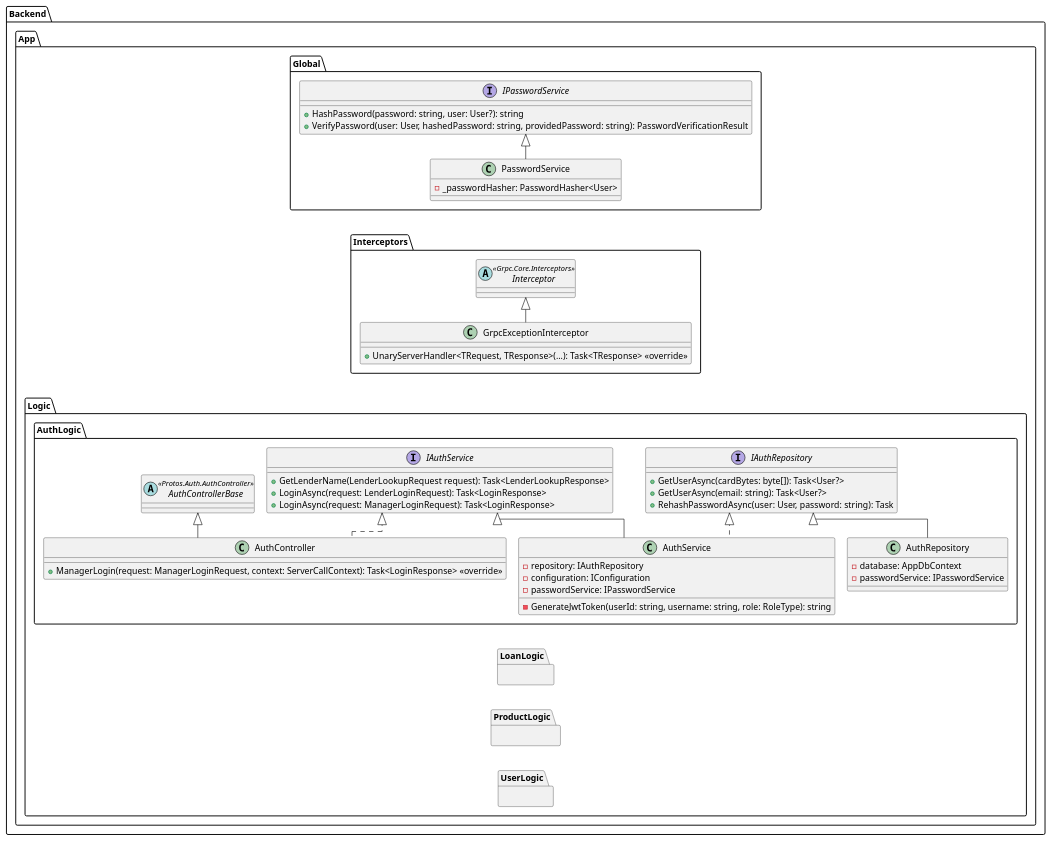
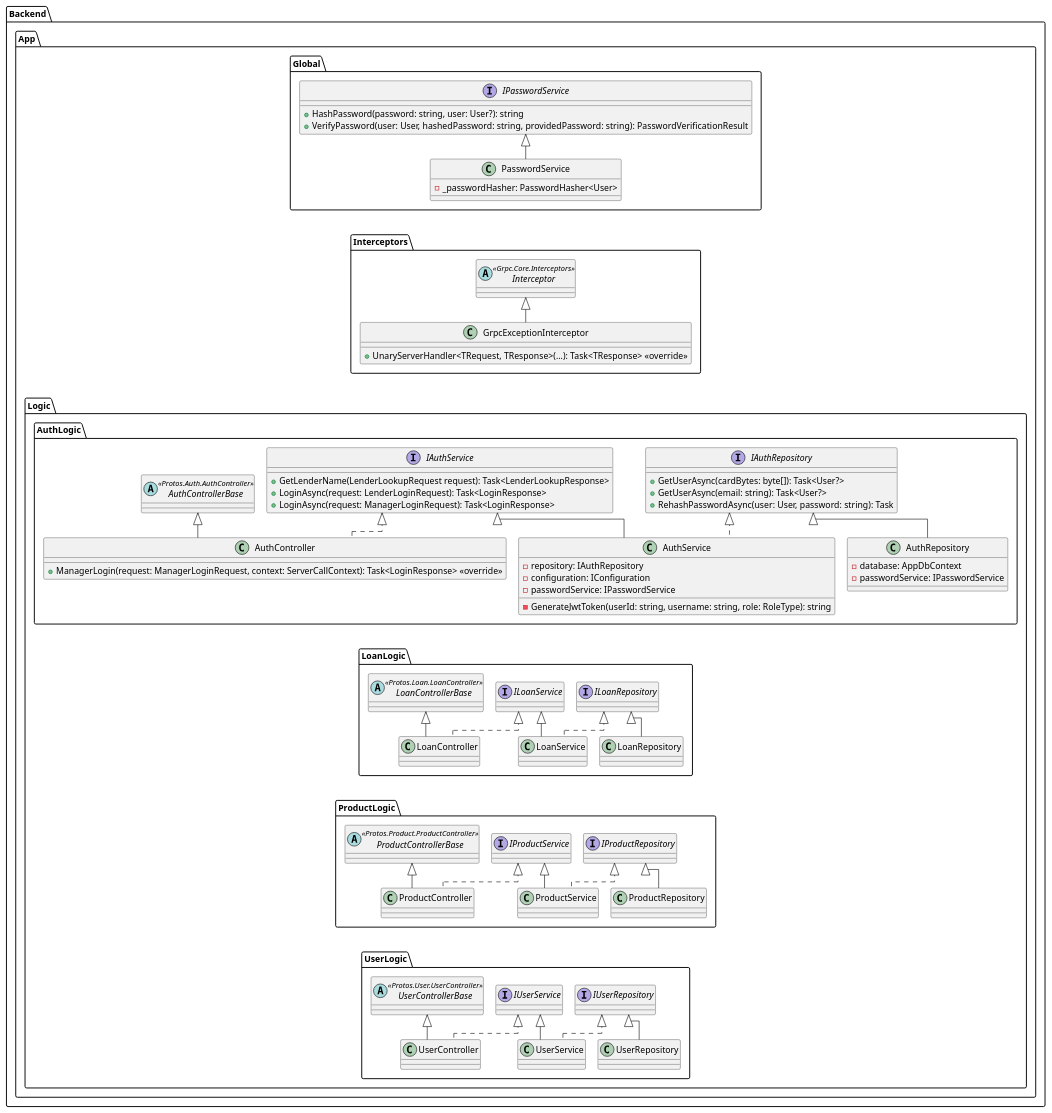
Before and after one commit to A-A-Tel/VoorraadLeenBeheerSysteem: the diagram in Backend/Uml/backend.app.puml, drawn with PlantUML.

Commit message:
added structure for logics

```diff
--- a/Backend/Uml/backend.app.puml
+++ b/Backend/Uml/backend.app.puml
@@ -1,96 +1,170 @@
 @startuml
 !pragma layout elk
 
 package Backend {
 
     package App {
 
         package Global {
 
             interface IPasswordService {
                 + HashPassword(password: string, user: User?): string
                 + VerifyPassword(user: User, hashedPassword: string, providedPassword: string): PasswordVerificationResult
             }
             Backend.App.Global.IPasswordService <|-down- Backend.App.Global.PasswordService
             class PasswordService {
                 - _passwordHasher: PasswordHasher<User>
             }
 
         }
 
         package Interceptors {
 
             abstract Interceptor <<Grpc.Core.Interceptors>>
 
             class GrpcExceptionInterceptor {
                 + UnaryServerHandler<TRequest, TResponse>(...): Task<TResponse> <<override>>
             }
             Backend.App.Interceptors.Interceptor <|-down- Backend.App.Interceptors.GrpcExceptionInterceptor
 
         }
 
         package Logic {
 
             package AuthLogic {
 
                 interface IAuthRepository {
                     + GetUserAsync(cardBytes: byte[]): Task<User?>
                     + GetUserAsync(email: string): Task<User?>
                     + RehashPasswordAsync(user: User, password: string): Task
                 }
                 Backend.App.Logic.AuthLogic.IAuthRepository <|-down- Backend.App.Logic.AuthLogic.AuthRepository
                 class AuthRepository {
                     - database: AppDbContext
                     - passwordService: IPasswordService
                 }
 
                 interface IAuthService {
                     + GetLenderName(LenderLookupRequest request): Task<LenderLookupResponse>
                     + LoginAsync(request: LenderLoginRequest): Task<LoginResponse>
                     + LoginAsync(request: ManagerLoginRequest): Task<LoginResponse>
                 }
                 Backend.App.Logic.AuthLogic.IAuthService <|-down- Backend.App.Logic.AuthLogic.AuthService
                 class AuthService {
                     - repository: IAuthRepository
                     - configuration: IConfiguration
                     - passwordService: IPasswordService
 
                     - GenerateJwtToken(userId: string, username: string, role: RoleType): string
                 }
 
                 abstract AuthControllerBase <<Protos.Auth.AuthController>>
                 Backend.App.Logic.AuthLogic.AuthControllerBase <|-down- Backend.App.Logic.AuthLogic.AuthController
                 class AuthController {
                     + ManagerLogin(request: ManagerLoginRequest, context: ServerCallContext): Task<LoginResponse> <<override>>
                 }
 
                 Backend.App.Logic.AuthLogic.IAuthRepository <|.. Backend.App.Logic.AuthLogic.AuthService
                 Backend.App.Logic.AuthLogic.IAuthService <|.. Backend.App.Logic.AuthLogic.AuthController
             }
 
             package LoanLogic {
 
+                interface ILoanRepository {
+
+                }
+                Backend.App.Logic.LoanLogic.ILoanRepository <|-down- Backend.App.Logic.LoanLogic.LoanRepository
+                class LoanRepository {
+
+                }
+
+                interface ILoanService {
+
+                }
+                Backend.App.Logic.LoanLogic.ILoanService <|-down- Backend.App.Logic.LoanLogic.LoanService
+                class LoanService {
+
+                }
+
+                abstract LoanControllerBase <<Protos.Loan.LoanController>>
+                Backend.App.Logic.LoanLogic.LoanControllerBase <|-down- Backend.App.Logic.LoanLogic.LoanController
+                class LoanController {
+
+                }
+
+                Backend.App.Logic.LoanLogic.ILoanRepository <|.. Backend.App.Logic.LoanLogic.LoanService
+                Backend.App.Logic.LoanLogic.ILoanService <|.. Backend.App.Logic.LoanLogic.LoanController
+
             }
 
             package ProductLogic {
+
+                interface IProductRepository {
+
+                }
+                Backend.App.Logic.ProductLogic.IProductRepository <|-down- Backend.App.Logic.ProductLogic.ProductRepository
+                class ProductRepository {
+
+                }
+
+                interface IProductService {
+
+                }
+                Backend.App.Logic.ProductLogic.IProductService <|-down- Backend.App.Logic.ProductLogic.ProductService
+                class ProductService {
+
+                }
+
+                abstract ProductControllerBase <<Protos.Product.ProductController>>
+                Backend.App.Logic.ProductLogic.ProductControllerBase <|-down- Backend.App.Logic.ProductLogic.ProductController
+                class ProductController {
+
+                }
+
+                Backend.App.Logic.ProductLogic.IProductRepository <|.. Backend.App.Logic.ProductLogic.ProductService
+                Backend.App.Logic.ProductLogic.IProductService <|.. Backend.App.Logic.ProductLogic.ProductController
 
             }
 
             package UserLogic {
 
+                interface IUserRepository {
+
+                }
+                Backend.App.Logic.UserLogic.IUserRepository <|-down- Backend.App.Logic.UserLogic.UserRepository
+                class UserRepository {
+
+                }
+
+                interface IUserService {
+
+                }
+                Backend.App.Logic.UserLogic.IUserService <|-down- Backend.App.Logic.UserLogic.UserService
+                class UserService {
+
+                }
+
+                abstract UserControllerBase <<Protos.User.UserController>>
+                Backend.App.Logic.UserLogic.UserControllerBase <|-down- Backend.App.Logic.UserLogic.UserController
+                class UserController {
+
+                }
+
+                Backend.App.Logic.UserLogic.IUserRepository <|.. Backend.App.Logic.UserLogic.UserService
+                Backend.App.Logic.UserLogic.IUserService <|.. Backend.App.Logic.UserLogic.UserController
             }
 
         }
 
     }
 
 }
 
 Backend.App.Global -[hidden]down- Backend.App.Interceptors
 Backend.App.Interceptors -[hidden]down- Backend.App.Logic
 
 Backend.App.Logic.AuthLogic -[hidden]down- Backend.App.Logic.LoanLogic
 Backend.App.Logic.LoanLogic -[hidden]down- Backend.App.Logic.ProductLogic
 Backend.App.Logic.ProductLogic -[hidden]down- Backend.App.Logic.UserLogic
 
 @enduml
```
